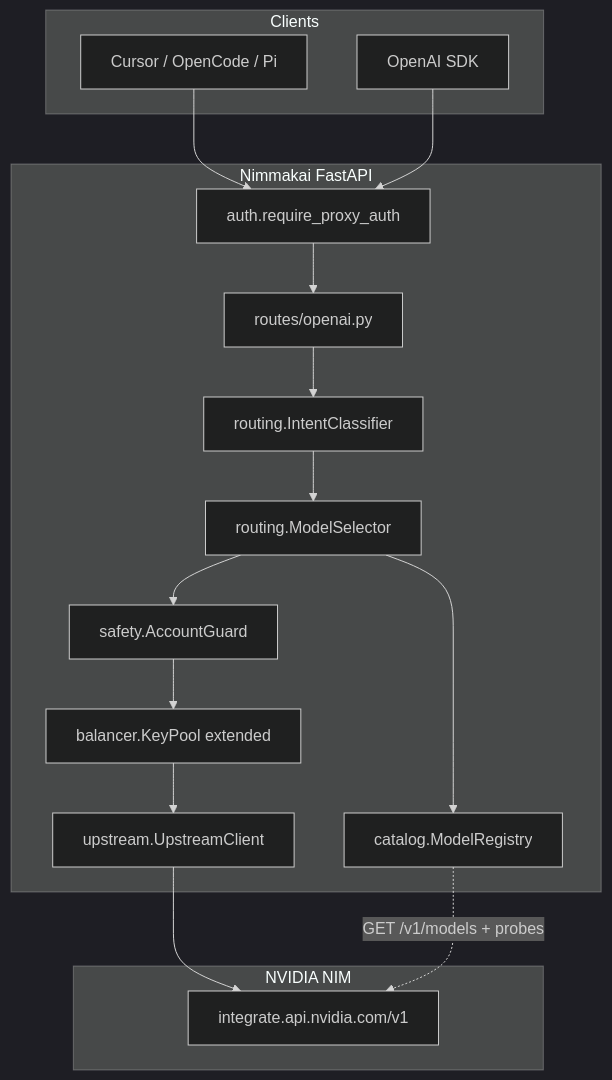
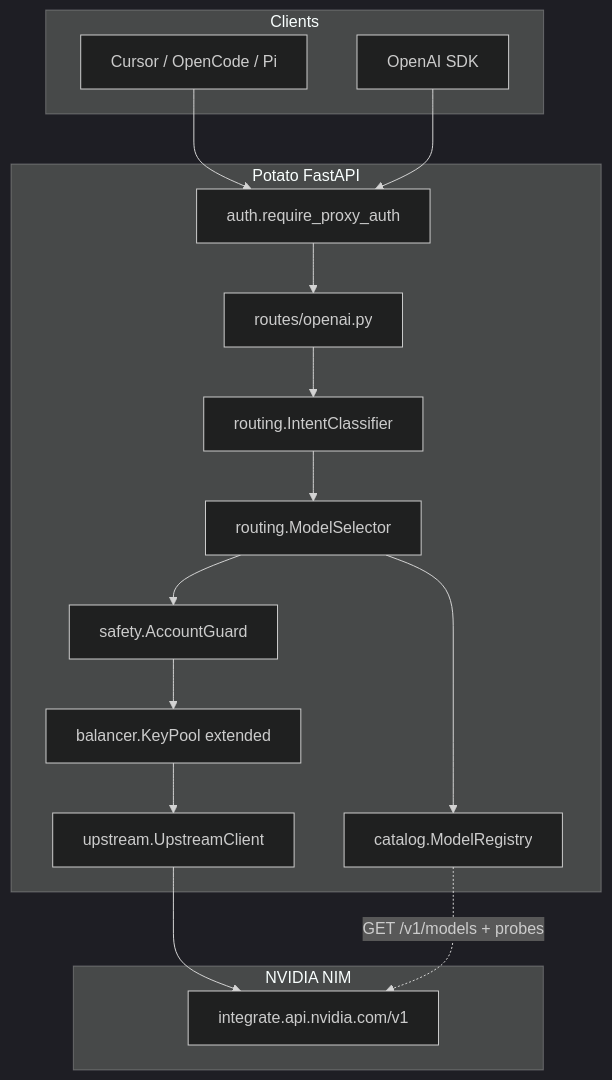
The first of 4 diagrams in docs/design-intelligent-router.md (vskrch/Nimmakai), drawn with Mermaid (dark theme) before and after one commit. The commit also changed other lines of this file and 208 other files, not shown here.

Commit message:
refactor: rename repository and package from Nimmakai to Potato

````diff
--- a/docs/design-intelligent-router.md
+++ b/docs/design-intelligent-router.md
@@ -95,34 +95,34 @@
 ```mermaid
 flowchart TB
   subgraph clients [Clients]
     Cursor[Cursor / OpenCode / Pi]
     SDK[OpenAI SDK]
   end
 
-  subgraph nimmakai [Nimmakai FastAPI]
+  subgraph potato [Potato FastAPI]
     Auth[auth.require_proxy_auth]
     Router[routes/openai.py]
     Intent[routing.IntentClassifier]
     Selector[routing.ModelSelector]
     Catalog[catalog.ModelRegistry]
     Safety[safety.AccountGuard]
     Pool[balancer.KeyPool extended]
     Upstream[upstream.UpstreamClient]
   end
 
   subgraph nim [NVIDIA NIM]
     API["integrate.api.nvidia.com/v1"]
   end
 
   Cursor --> Auth
   SDK --> Auth
   Auth --> Router
   Router --> Intent
   Intent --> Selector
   Selector --> Catalog
   Selector --> Safety
   Safety --> Pool
   Pool --> Upstream
   Upstream --> API
   Catalog -.->|GET /v1/models + probes| API
 ```
````
